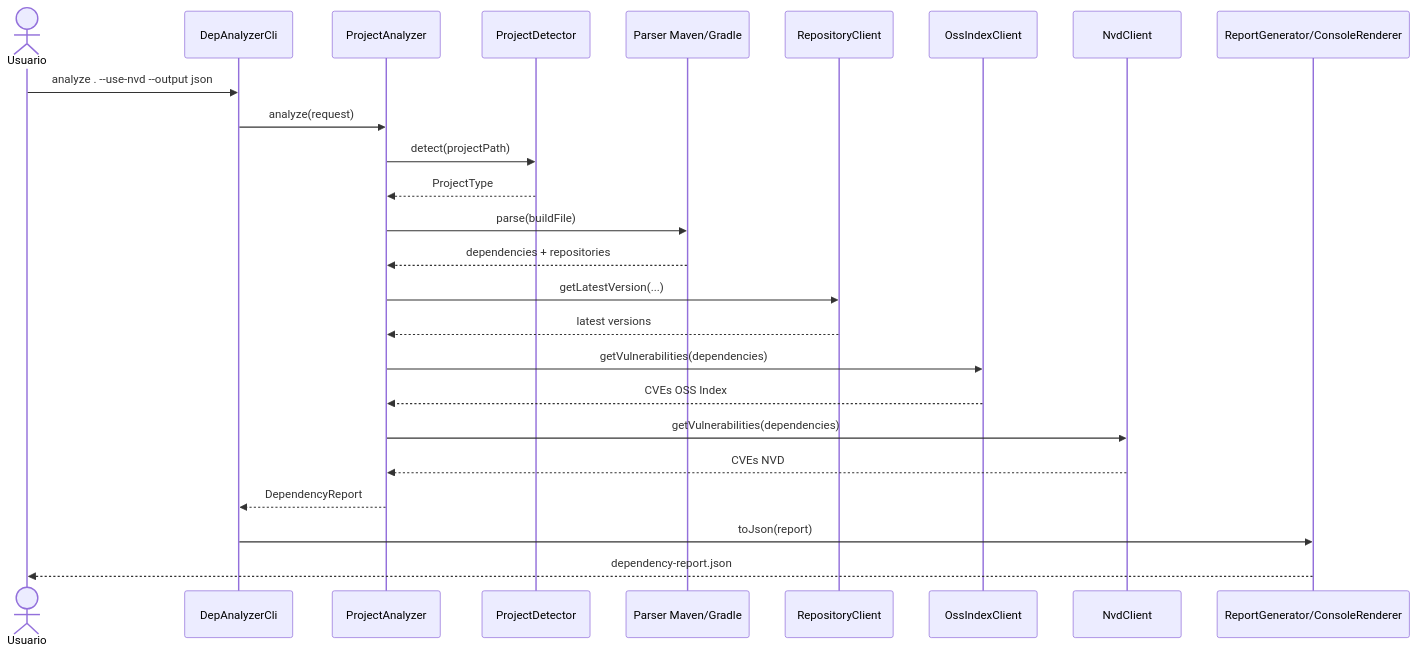
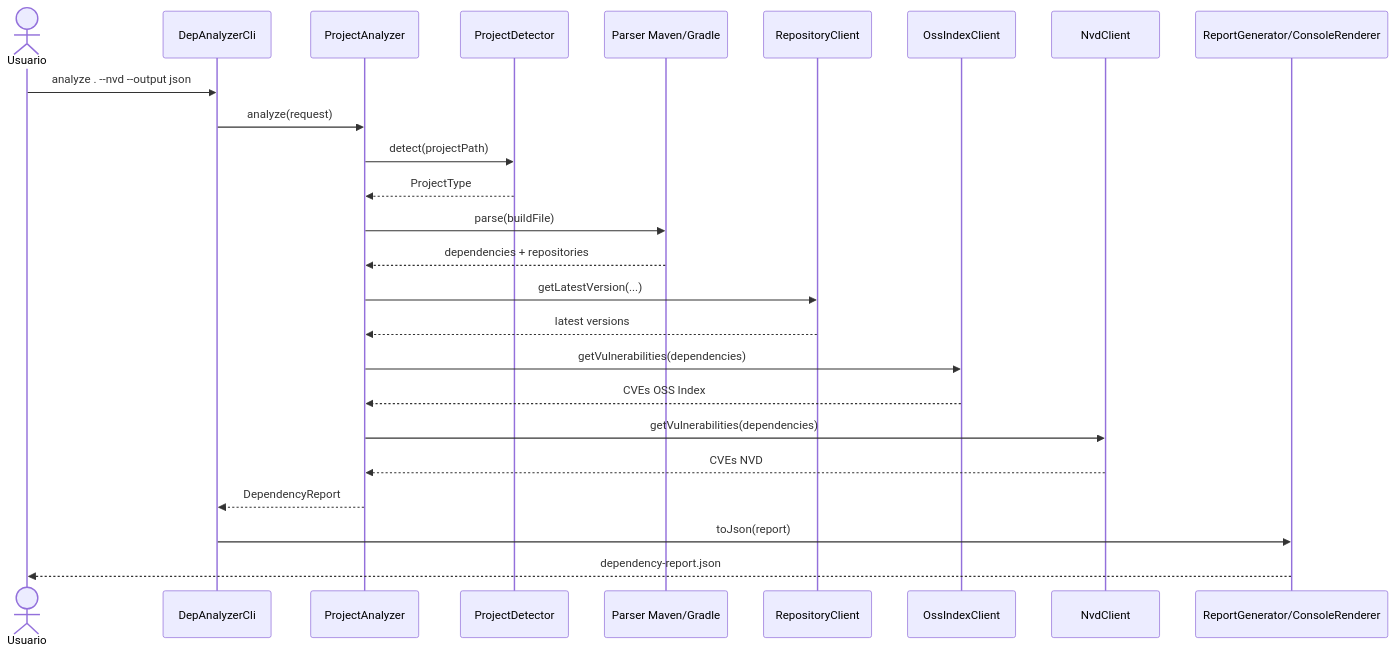
Before and after one commit to UPT-FAING-EPIS/proyecto-si784-2026-i-u1-analizador-de-dependencias: the seventh of 8 diagrams in docs/FD03-EPIS-Informe Especificación Requerimientos.md, drawn with Mermaid. The commit also changed other lines of this file and 10 other files, not shown here.

````diff
--- a/docs/FD03-EPIS-Informe Especificación Requerimientos.md
+++ b/docs/FD03-EPIS-Informe Especificación Requerimientos.md
@@ -366,27 +366,27 @@
 ```mermaid
 sequenceDiagram
     actor Usuario
     participant CLI as DepAnalyzerCli
     participant PA as ProjectAnalyzer
     participant PD as ProjectDetector
     participant Parser as Parser Maven/Gradle
     participant RC as RepositoryClient
     participant OI as OssIndexClient
     participant NVD as NvdClient
     participant RG as ReportGenerator/ConsoleRenderer
-    Usuario ->> CLI: analyze . --use-nvd --output json
+    Usuario ->> CLI: analyze . --nvd --output json
     CLI ->> PA: analyze(request)
     PA ->> PD: detect(projectPath)
     PD -->> PA: ProjectType
     PA ->> Parser: parse(buildFile)
     Parser -->> PA: dependencies + repositories
     PA ->> RC: getLatestVersion(...)
     RC -->> PA: latest versions
     PA ->> OI: getVulnerabilities(dependencies)
     OI -->> PA: CVEs OSS Index
     PA ->> NVD: getVulnerabilities(dependencies)
     NVD -->> PA: CVEs NVD
     PA -->> CLI: DependencyReport
     CLI ->> RG: toJson(report)
     RG -->> Usuario: dependency-report.json
 ```
````
